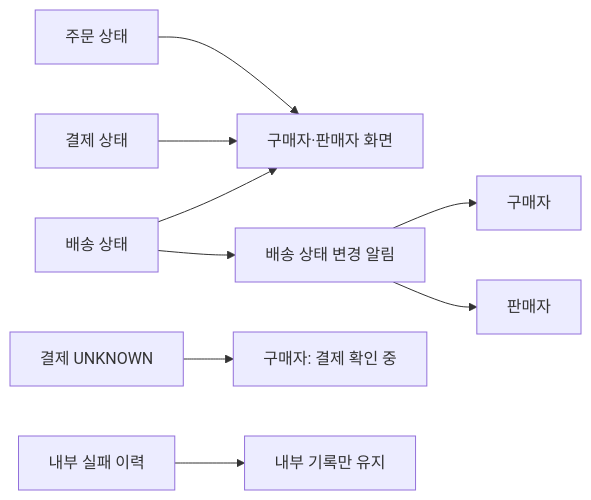
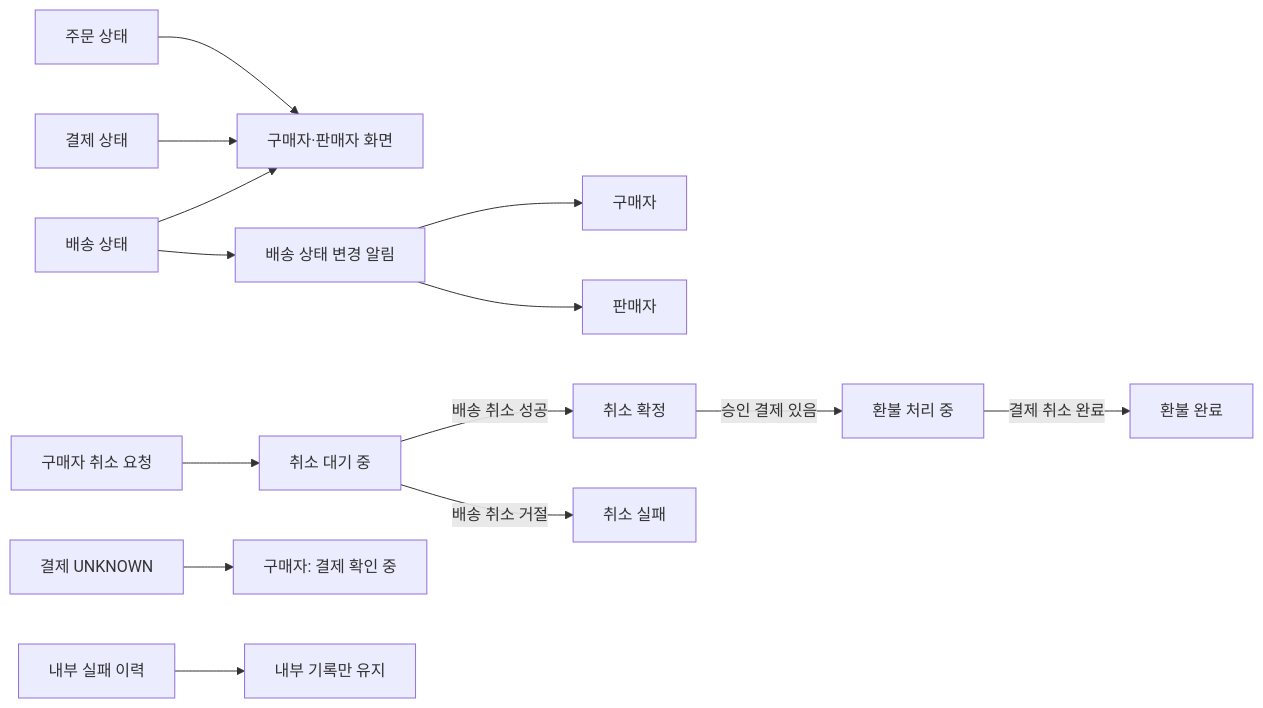
The diagram in docs/policy/customer-status.md (woowacourse-teams/2026-setty), drawn with Mermaid before and after one commit. The commit also changed other lines of this file and 4 other files, not shown here.

````diff
--- a/docs/policy/customer-status.md
+++ b/docs/policy/customer-status.md
@@ -10,11 +14,16 @@
 ```mermaid
 flowchart LR
     O["주문 상태"] --> V["구매자·판매자 화면"]
     P["결제 상태"] --> V
     D["배송 상태"] --> V
     D --> N["배송 상태 변경 알림"]
     N --> B["구매자"]
     N --> S["판매자"]
+    CR["구매자 취소 요청"] --> CP["취소 대기 중"]
+    CP -->|"배송 취소 성공"| CC["취소 확정"]
+    CP -->|"배송 취소 거절"| CF["취소 실패"]
+    CC -->|"승인 결제 있음"| RP["환불 처리 중"]
+    RP -->|"결제 취소 완료"| RC["환불 완료"]
     U["결제 UNKNOWN"] --> Q["구매자: 결제 확인 중"]
     H["내부 실패 이력"] --> I["내부 기록만 유지"]
 ```
````
